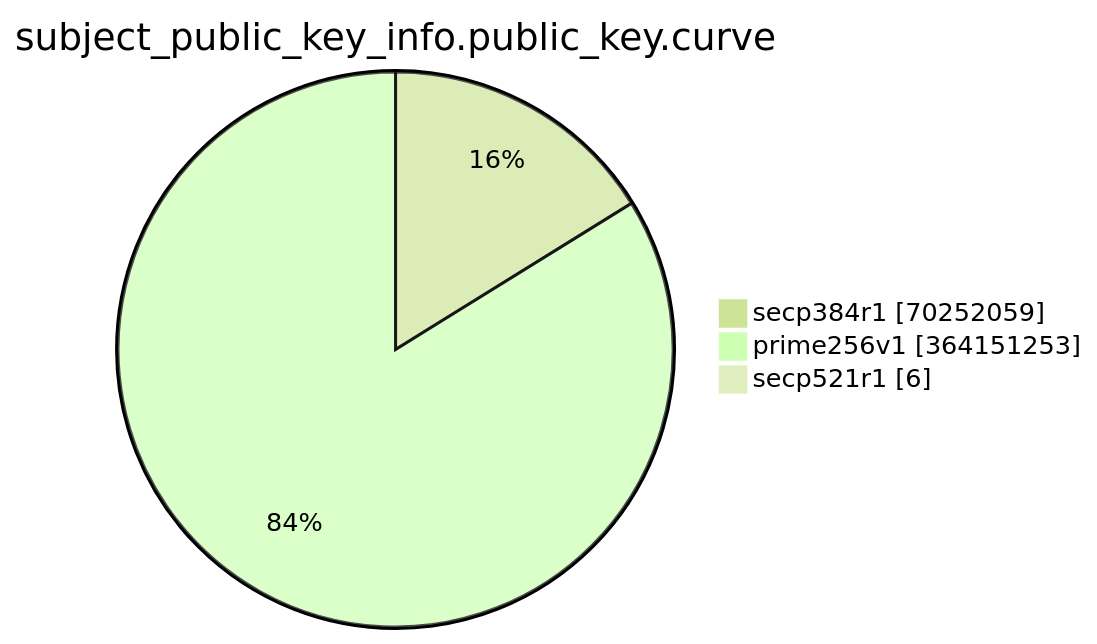
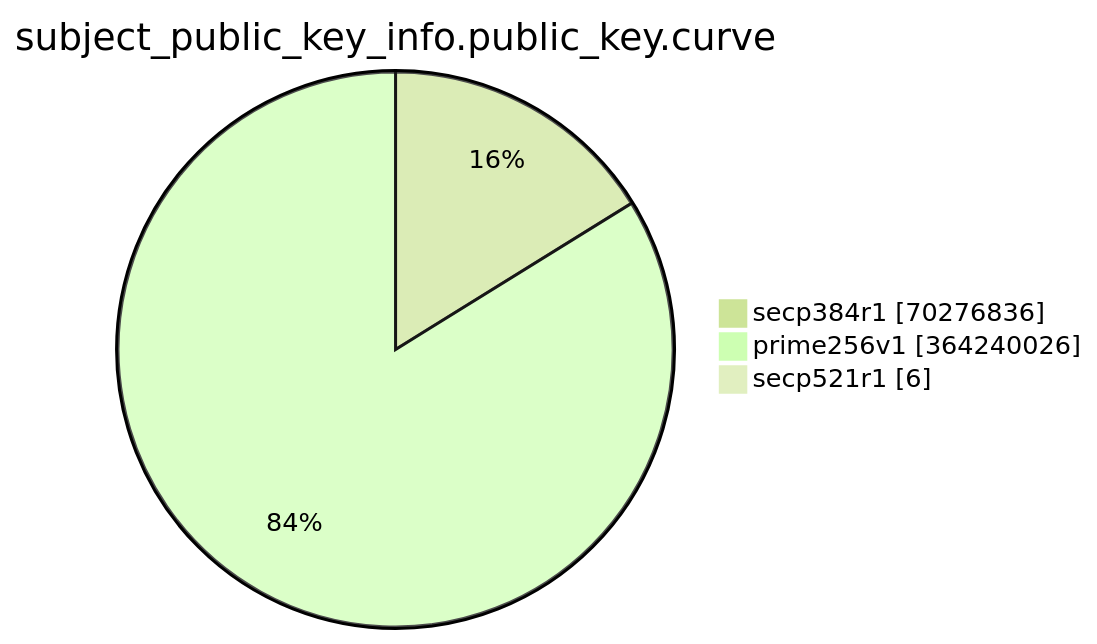
The eighth of 15 diagrams in TOTAL/README.md (christiankrug/ctmonitor_visualization), drawn with Mermaid (forest theme) before and after one commit. The commit also changed other lines of this file, not shown here.

````diff
--- a/TOTAL/README.md
+++ b/TOTAL/README.md
@@ -3091,7 +3091,7 @@
 ```mermaid
 pie showData
 title subject_public_key_info.public_key.curve
-"secp384r1" :70252059
-"prime256v1" :364151253
+"secp384r1" :70276836
+"prime256v1" :364240026
 "secp521r1" :6
 ```
````
